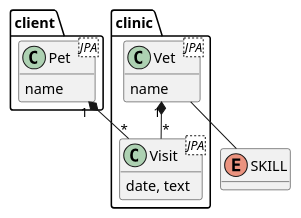
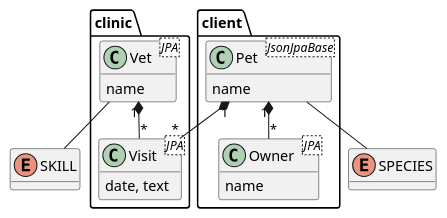
Before and after one commit to cardsplus/demoscs: the diagram in doc/EsyClinicApi.adoc, drawn with PlantUML. The commit also changed 1 other file, not shown here.

Commit message:
Datenmodell komplett

```diff
--- a/doc/EsyClinicApi.adoc
+++ b/doc/EsyClinicApi.adoc
@@ -40,23 +40,29 @@
 [plantuml,EsyPlan,png]
 ----
 !pragma layout smetana
 hide members
 show attributes
 enum SKILL
+enum SPECIES
 package "client" {
-    class Pet<JPA> {
+    class Owner<JPA> {
         name
     }
+    class Pet<JsonJpaBase> {
+        name
+    }
+    Pet "1" *-- "*" Owner
+    Pet -- SPECIES
 }
 package "clinic" {
     class Vet<JPA> {
         name
     }
     class Visit<JPA> {
         date, text
     }
     Vet "1" *-- "*" Visit
     Vet -- SKILL
     Pet "1" *-- "*" Visit
 }
 ----
```
